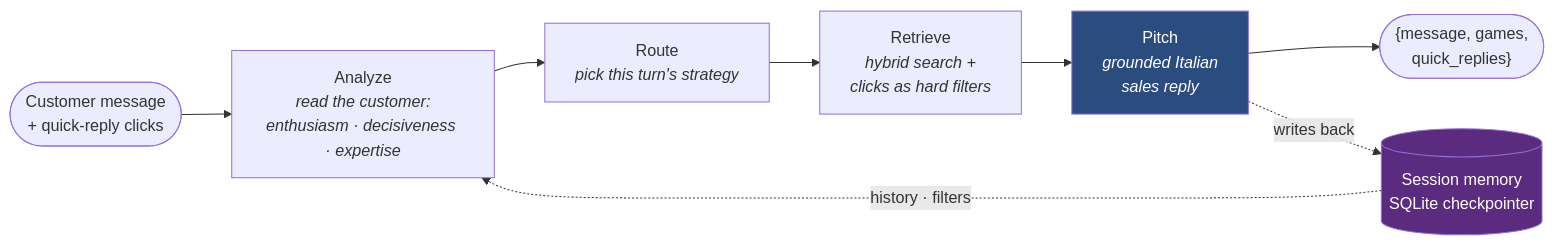
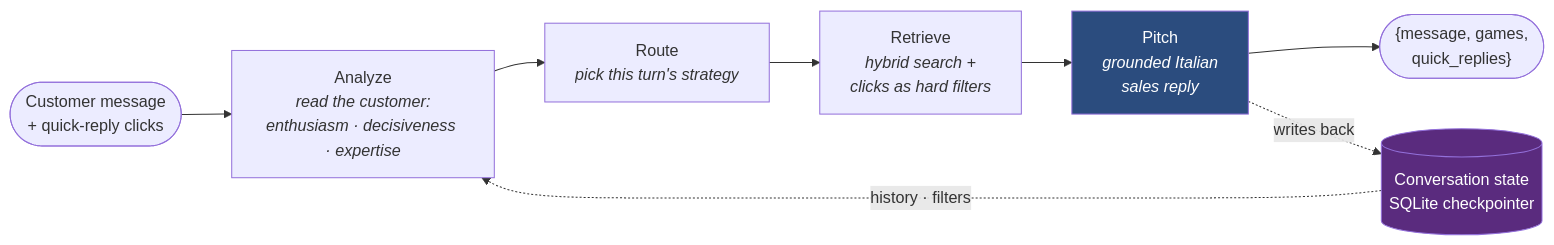
One commit to msporchia/board-game-rag-seller changed the fourth of 4 diagrams in README.md. Above: the diagram before and after it, drawn with Mermaid. The commit also changed 47 other files, not shown here.

````diff
--- a/README.md
+++ b/README.md
@@ -211,12 +211,12 @@
 ```mermaid
 flowchart LR
     MSG(["Customer message<br/>+ quick-reply clicks"]) --> AN["Analyze<br/><i>read the customer:<br/>enthusiasm · decisiveness · expertise</i>"]
     AN --> RT["Route<br/><i>pick this turn's strategy</i>"]
     RT --> RET["Retrieve<br/><i>hybrid search +<br/>clicks as hard filters</i>"]
     RET --> PIT["Pitch<br/><i>grounded Italian<br/>sales reply</i>"]
     PIT --> OUT(["{message, games,<br/>quick_replies}"])
-    MEM[("Session memory<br/>SQLite checkpointer")] -. "history · filters" .-> AN
+    MEM[("Conversation state<br/>SQLite checkpointer")] -. "history · filters" .-> AN
     PIT -. "writes back" .-> MEM
     style PIT fill:#2b4c7e,color:#fff
     style MEM fill:#5a2b7e,color:#fff
 ```
````
